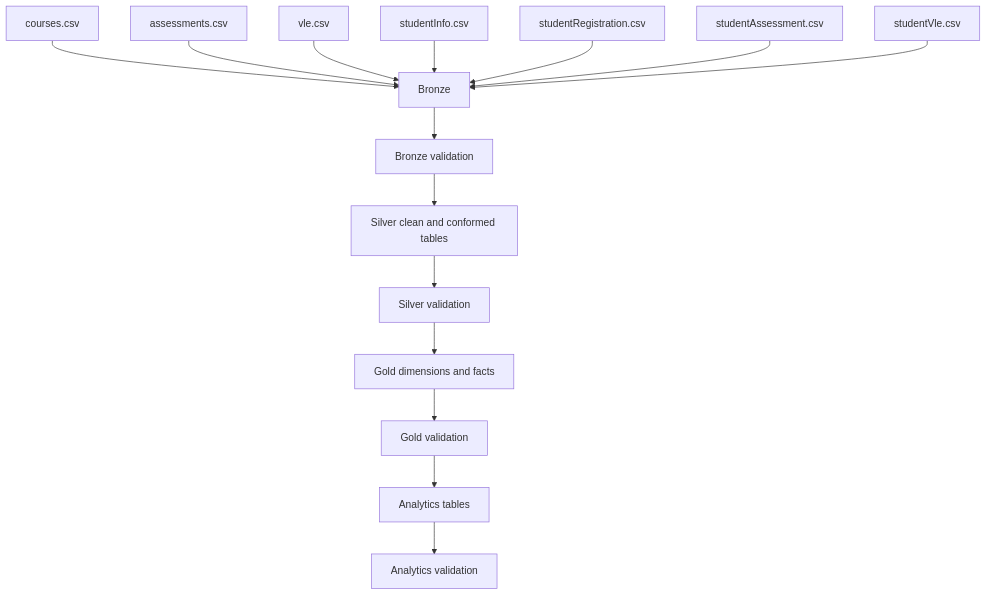
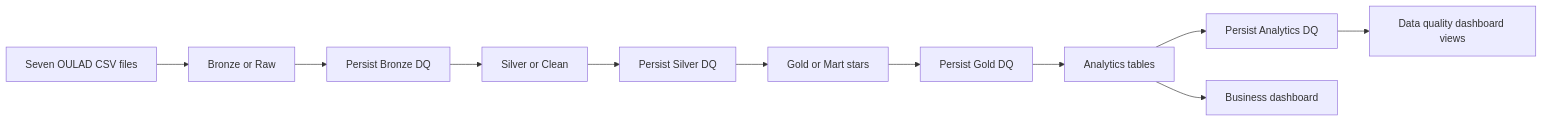
Before and after one commit to killuazai/oulad-dataset: the diagram in docs/architecture.md, drawn with Mermaid. The commit also changed other lines of this file and 29 other files, not shown here.

````diff
--- a/docs/architecture.md
+++ b/docs/architecture.md
@@ -5,17 +5,13 @@
 ```mermaid
-flowchart TD
-    S1[courses.csv] --> B[Bronze]
-    S2[assessments.csv] --> B
-    S3[vle.csv] --> B
-    S4[studentInfo.csv] --> B
-    S5[studentRegistration.csv] --> B
-    S6[studentAssessment.csv] --> B
-    S7[studentVle.csv] --> B
-    B --> V1[Bronze validation]
-    V1 --> C[Silver clean and conformed tables]
-    C --> V2[Silver validation]
-    V2 --> G[Gold dimensions and facts]
-    G --> V3[Gold validation]
-    V3 --> A[Analytics tables]
-    A --> V4[Analytics validation]
+flowchart LR
+    S[Seven OULAD CSV files] --> B[Bronze or Raw]
+    B --> QB[Persist Bronze DQ]
+    QB --> C[Silver or Clean]
+    C --> QS[Persist Silver DQ]
+    QS --> G[Gold or Mart stars]
+    G --> QG[Persist Gold DQ]
+    QG --> A[Analytics tables]
+    A --> QA[Persist Analytics DQ]
+    QA --> DQ[Data quality dashboard views]
+    A --> BD[Business dashboard]
 ```
````
